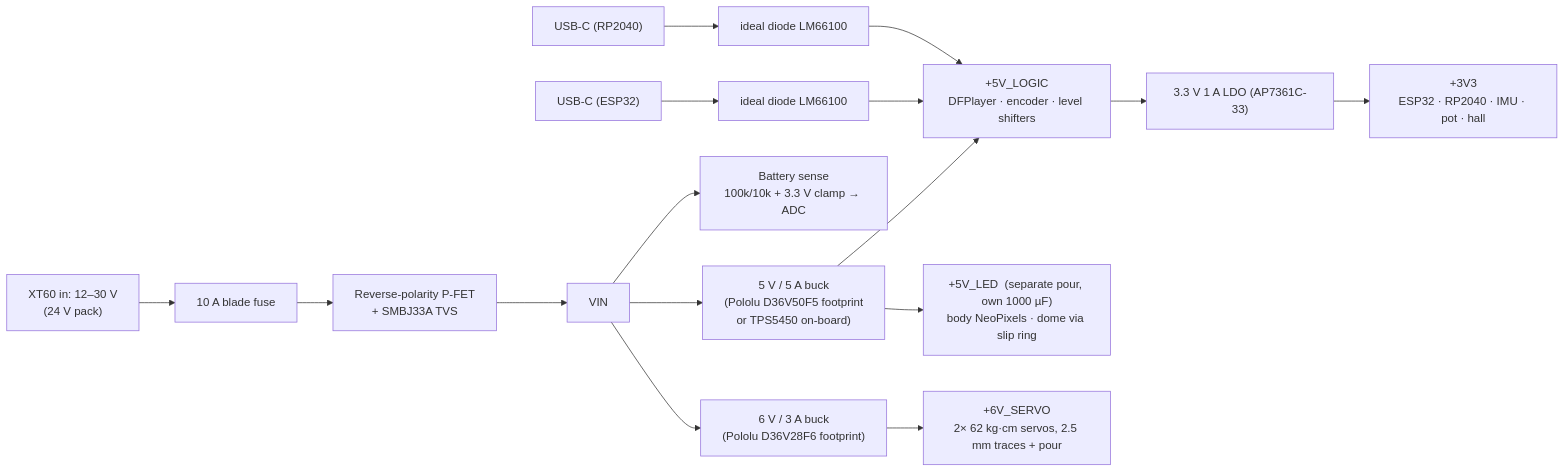
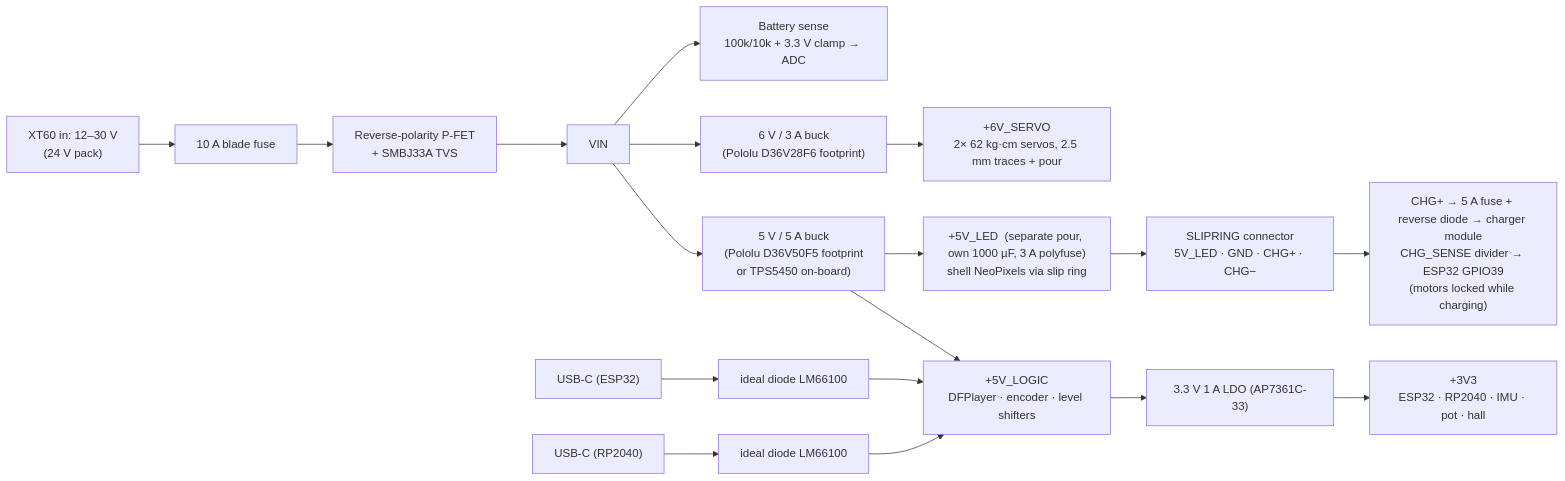
One commit to jlvandusen/Z-ClassControlSystem changed the second of 2 diagrams in docs/PCB_v10_Design.md. Above: the diagram before and after it, drawn with Mermaid. The commit also changed other lines of this file, not shown here.

Commit message:
docs v10: slip ring = shell lights + charge line (CHG_SENSE locks drive); dome is unwired -> LiPo/USB-C/fuel gauge; IMU on frame top, SPI 1 MHz, gyro-dominant fusion

````diff
--- a/docs/PCB_v10_Design.md
+++ b/docs/PCB_v10_Design.md
@@ -89,13 +90,15 @@
 ```mermaid
 flowchart LR
   BAT["XT60 in: 12–30 V\n(24 V pack)"] --> F["10 A blade fuse"] --> RPP["Reverse-polarity P-FET\n+ SMBJ33A TVS"] --> VIN
   VIN --> B5["5 V / 5 A buck\n(Pololu D36V50F5 footprint\nor TPS5450 on-board)"]
   VIN --> B6["6 V / 3 A buck\n(Pololu D36V28F6 footprint)"]
   VIN --> BS["Battery sense\n100k/10k + 3.3 V clamp → ADC"]
   B5 --> R5["+5V_LOGIC\nDFPlayer · encoder · level shifters"]
-  B5 --> R5L["+5V_LED  (separate pour, own 1000 µF)\nbody NeoPixels · dome via slip ring"]
+  B5 --> R5L["+5V_LED  (separate pour, own 1000 µF, 3 A polyfuse)\nshell NeoPixels via slip ring"]
+  R5L --> SR["SLIPRING connector\n5V_LED · GND · CHG+ · CHG−"]
+  SR --> CHG["CHG+ → 5 A fuse + reverse diode → charger module\nCHG_SENSE divider → ESP32 GPIO39\n(motors locked while charging)"]
   R5 --> LDO["3.3 V 1 A LDO (AP7361C-33)"] --> R33["+3V3\nESP32 · RP2040 · IMU · pot · hall"]
   B6 --> R6["+6V_SERVO\n2× 62 kg·cm servos, 2.5 mm traces + pour"]
   USB1["USB-C (ESP32)"] --> OR1["ideal diode LM66100"] --> R5
   USB2["USB-C (RP2040)"] --> OR2["ideal diode LM66100"] --> R5
 ```
````
